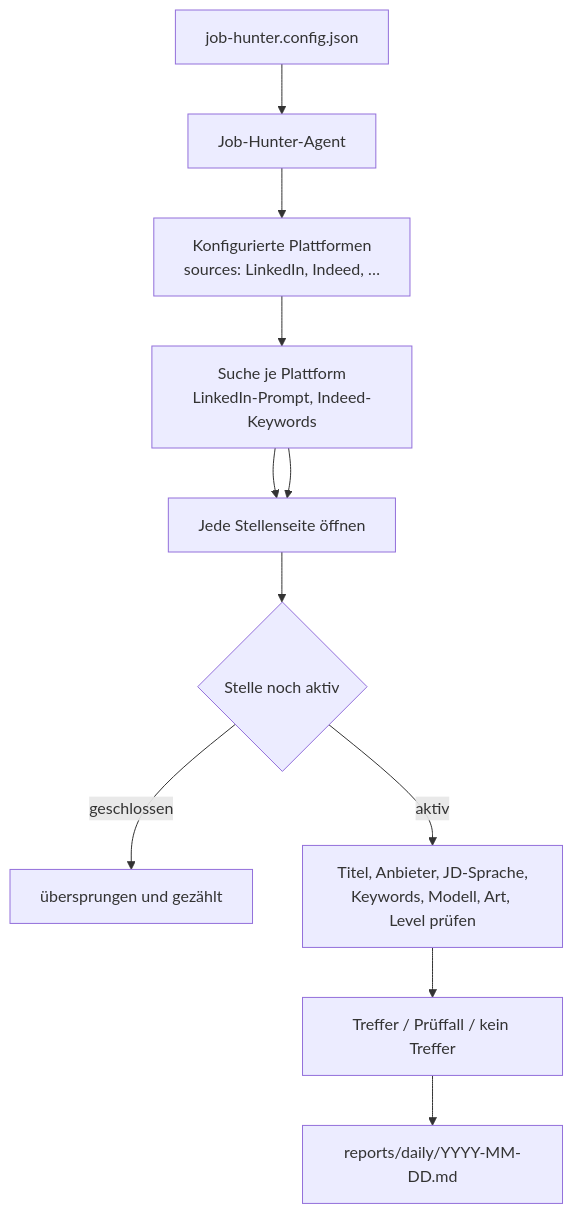
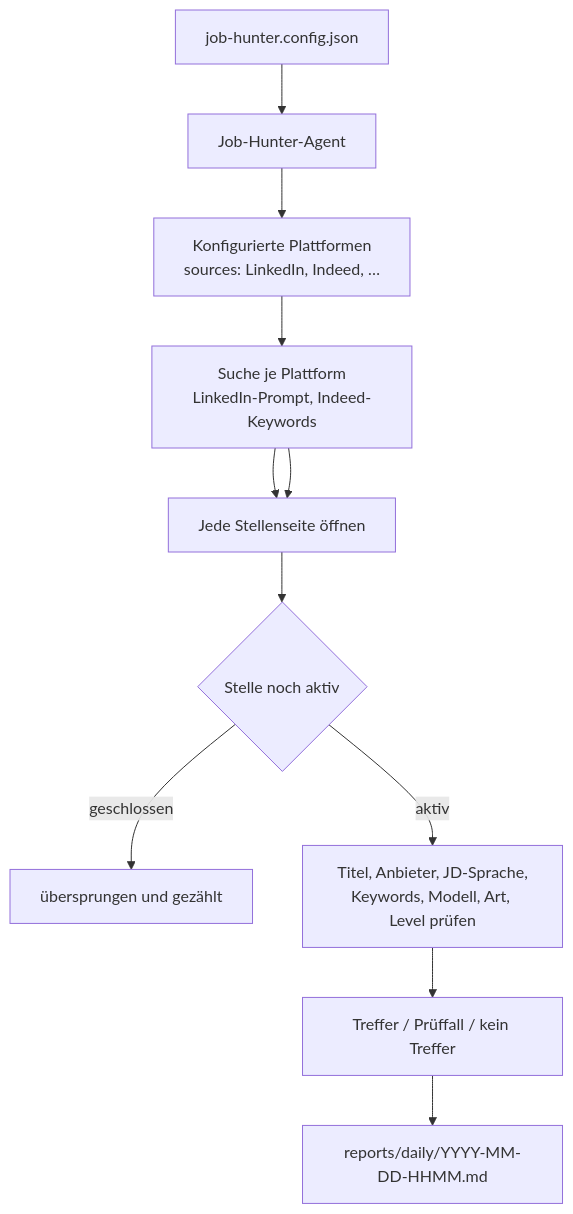
Before and after one commit to aoda-zhang/Job-hunter: the diagram in README.de.md, drawn with Mermaid. The commit also changed other lines of this file and 12 other files, not shown here.

````diff
--- a/README.de.md
+++ b/README.de.md
@@ -22,13 +22,13 @@
 ```mermaid
 flowchart TD
     A[job-hunter.config.json] --> B[Job-Hunter-Agent]
     B --> C[Konfigurierte Plattformen<br/>sources: LinkedIn, Indeed, …]
     C --> D[Suche je Plattform<br/>LinkedIn-Prompt, Indeed-Keywords]
     D --> E[Filter je Plattform<br/>Datum, Art, Modell, Level]
     D --> E[Jede Stellenseite öffnen]
     E --> F{Stelle noch aktiv}
     F -->|geschlossen| X[übersprungen und gezählt]
     F -->|aktiv| G[Titel, Anbieter, JD-Sprache,<br/>Keywords, Modell, Art, Level prüfen]
     G --> H[Treffer / Prüffall / kein Treffer]
-    H --> I[reports/daily/YYYY-MM-DD.md]
+    H --> I[reports/daily/YYYY-MM-DD-HHMM.md]
 ```
````
